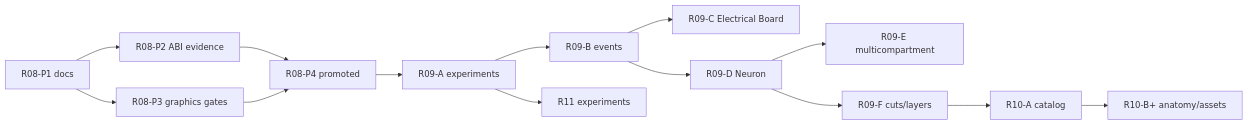
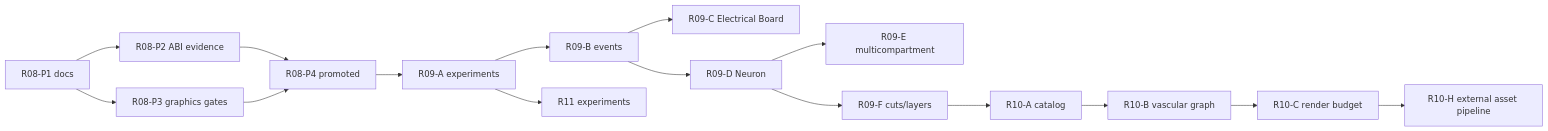
One commit to blightghp/blightghp changed diagram 13 of 13 in ARCHITECTURE.md. Above: the diagram before and after it, drawn with Mermaid. The commit also changed other lines of this file and 15 other files, not shown here.

````diff
--- a/ARCHITECTURE.md
+++ b/ARCHITECTURE.md
@@ -483,16 +492,18 @@
 ```mermaid
 flowchart LR
     P1["R08-P1 docs"] --> P2["R08-P2 ABI evidence"]
     P1 --> P3["R08-P3 graphics gates"]
     P2 --> P4["R08-P4 promoted"]
     P3 --> P4
     P4 --> A["R09-A experiments"]
     A --> B["R09-B events"]
     B --> C["R09-C Electrical Board"]
     B --> D["R09-D Neuron"]
     D --> E["R09-E multicompartment"]
     D --> F["R09-F cuts/layers"]
     F --> CATALOG["R10-A catalog"]
-    CATALOG --> ATLAS["R10-B+ anatomy/assets"]
+    CATALOG --> VASCULAR["R10-B vascular graph"]
+    VASCULAR --> BUDGET["R10-C render budget"]
+    BUDGET --> ATLAS["R10-H external asset pipeline"]
     A --> EXP["R11 experiments"]
 ```
````
